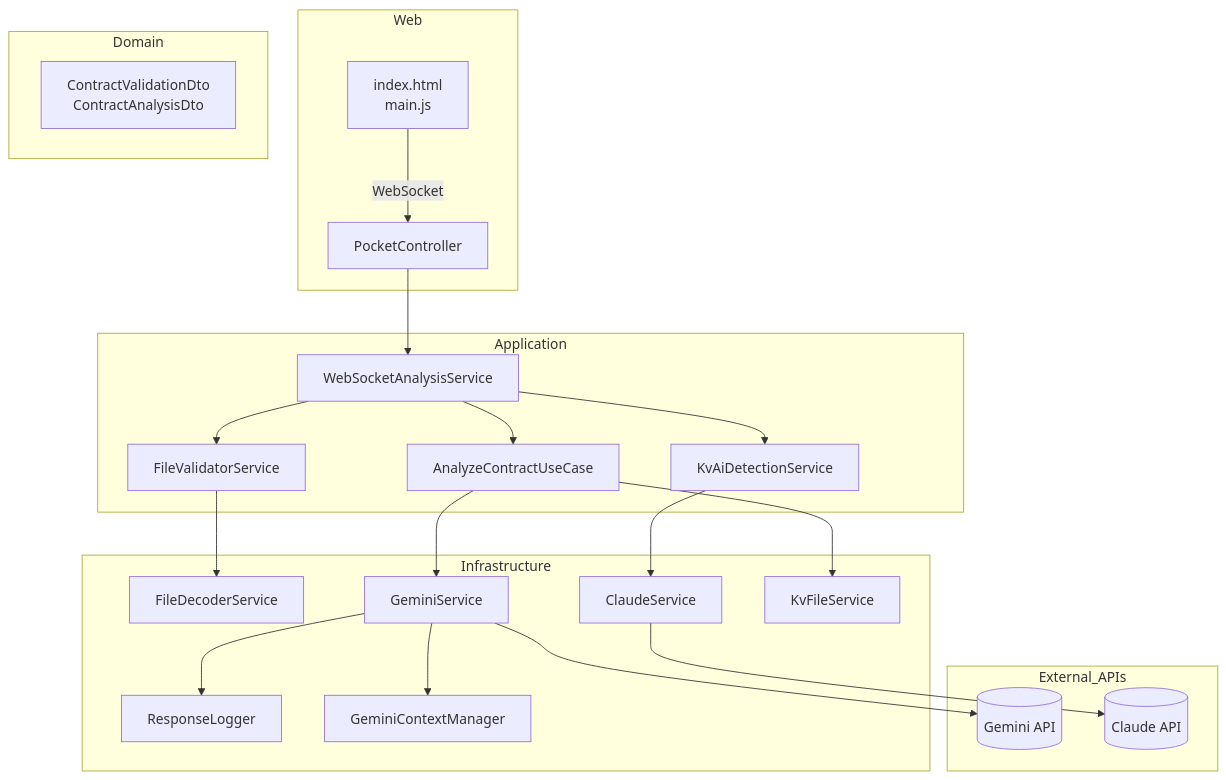
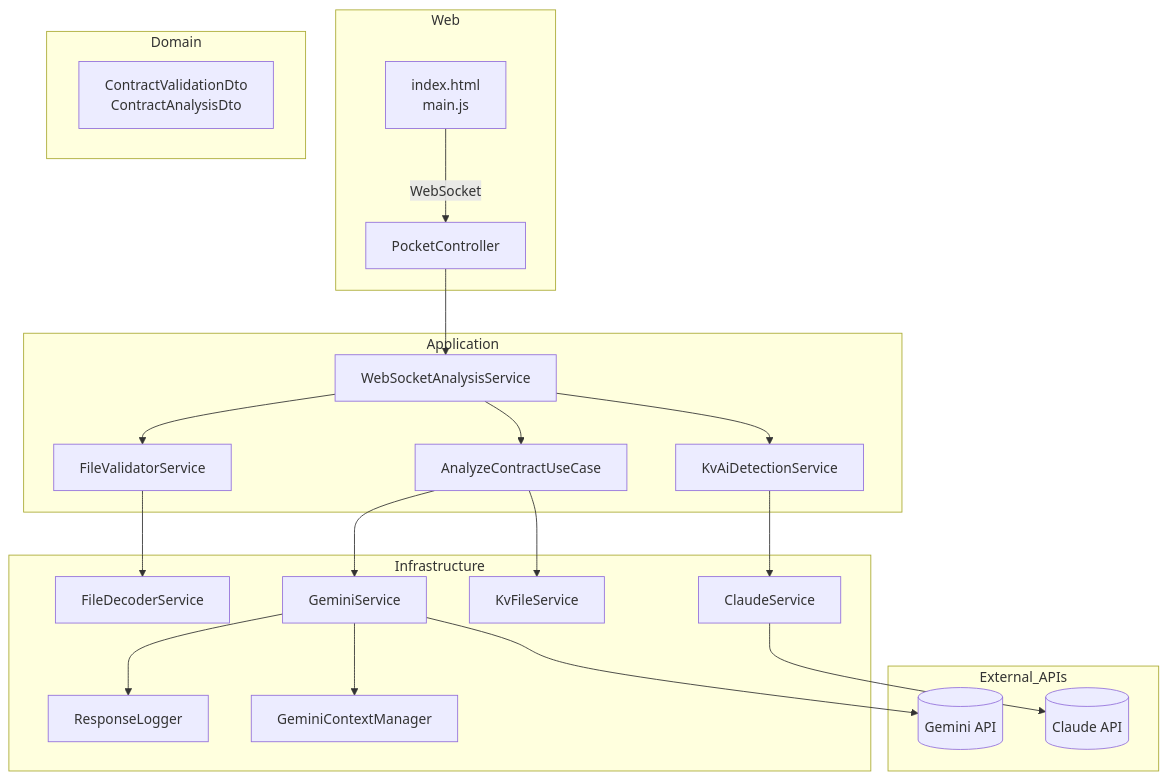
Before and after one commit to sebastian-305/PocketLawyer: the first of 8 diagrams in docs/Diagrams/diagrams.md, drawn with Mermaid. The commit also changed other lines of this file and 4 other files, not shown here.

````diff
--- a/docs/Diagrams/diagrams.md
+++ b/docs/Diagrams/diagrams.md
@@ -5,42 +5,42 @@
 ```mermaid
 graph TD
     subgraph Web
         FE[index.html<br>main.js]
         PC[PocketController]
     end
     subgraph Application
         WSAS[WebSocketAnalysisService]
         FVS[FileValidatorService]
         CA[AnalyzeContractUseCase]
         KAD[KvAiDetectionService]
     end
     subgraph Domain
         DTOs[ContractValidationDto\nContractAnalysisDto]
     end
     subgraph Infrastructure
         FDS[FileDecoderService]
         GEM[GeminiService]
+        KFS[KvFileService]
         CLA[ClaudeService]
-        KFS[KvFileService]
         RL[ResponseLogger]
         GCM[GeminiContextManager]
     end
     subgraph External_APIs
         GeminiAPI[(Gemini API)]
         ClaudeAPI[(Claude API)]
     end
 
     FE -- WebSocket --> PC
     PC --> WSAS
     WSAS --> FVS
     WSAS --> KAD
     WSAS --> CA
     FVS --> FDS
     KAD --> CLA
     CA --> GEM
     CA --> KFS
     GEM --> GCM
     GEM --> RL
     GEM --> GeminiAPI
     CLA --> ClaudeAPI
 ```
````
